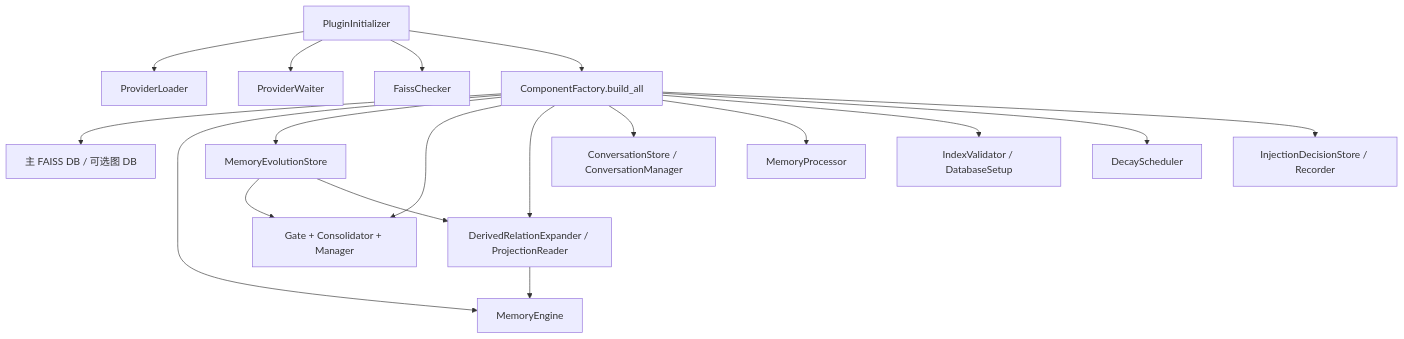
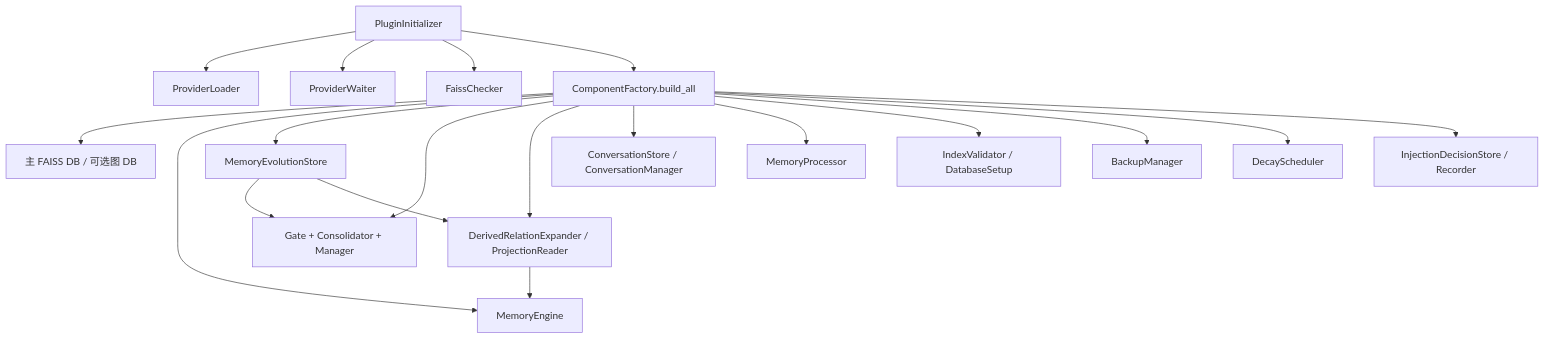
Before and after one commit to INSide-734/astrbot_plugin_memora: the diagram in core/initializer/AGENTS.md, drawn with Mermaid. The commit also changed other lines of this file and 4 other files, not shown here.

````diff
--- a/core/initializer/AGENTS.md
+++ b/core/initializer/AGENTS.md
@@ -13,20 +13,21 @@
 ```mermaid
 flowchart TD
     PI[PluginInitializer] --> PL[ProviderLoader]
     PI --> PW[ProviderWaiter]
     PI --> FC[FaissChecker]
     PI --> CF[ComponentFactory.build_all]
     CF --> VDB[主 FAISS DB / 可选图 DB]
     CF --> ME[MemoryEngine]
     CF --> MES[MemoryEvolutionStore]
     CF --> MEM[Gate + Consolidator + Manager]
     CF --> DR[DerivedRelationExpander / ProjectionReader]
     MES --> MEM
     MES --> DR
     DR --> ME
     CF --> CS[ConversationStore / ConversationManager]
     CF --> MP[MemoryProcessor]
     CF --> IV[IndexValidator / DatabaseSetup]
+    CF --> BM[BackupManager]
     CF --> DS[DecayScheduler]
     CF --> IDS[InjectionDecisionStore / Recorder]
 ```
````
